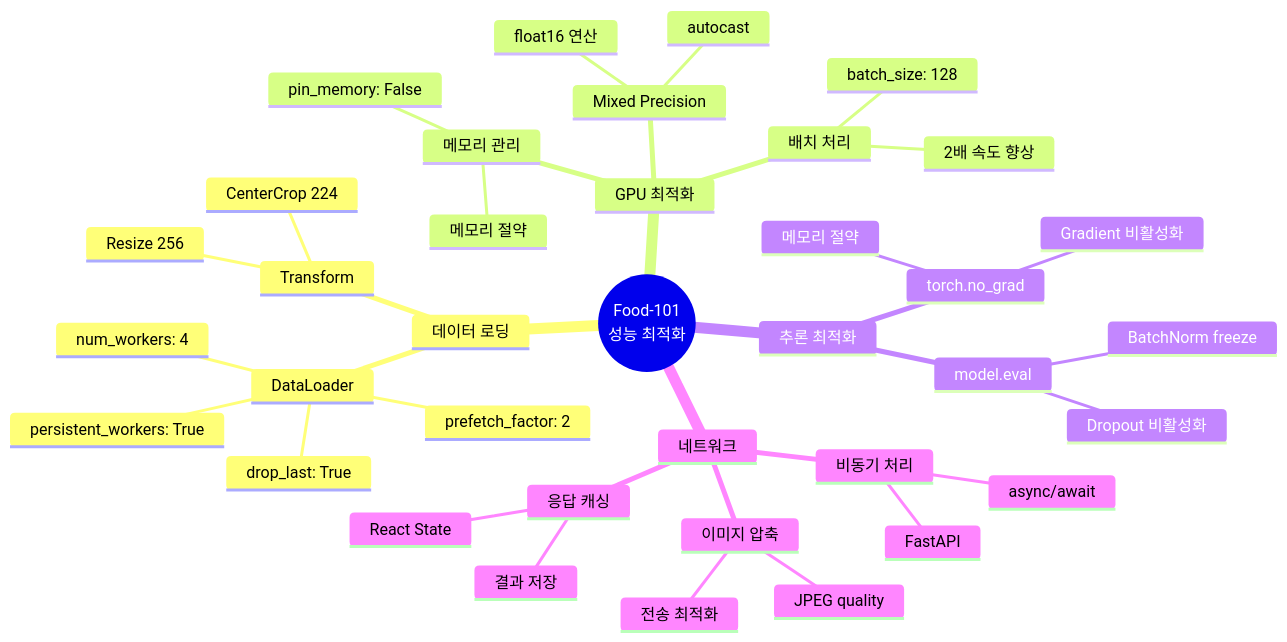
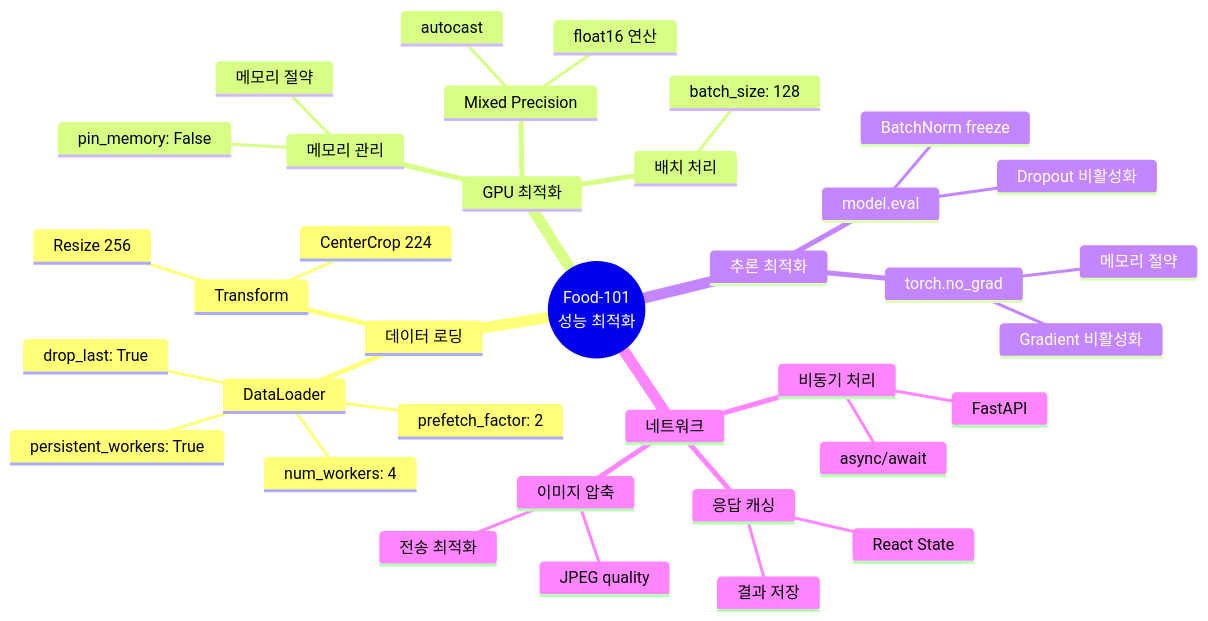
Before and after one commit to 15tkdgns/cnn: diagram 11 of 11 in diagrams/PROJECT_FLOW_MERMAID.md, drawn with Mermaid. The commit also changed other lines of this file, not shown here.

First line of the commit message:
Refactor: Mermaid 다이어그램 검증 및 가독성 개선

````diff
--- a/diagrams/PROJECT_FLOW_MERMAID.md
+++ b/diagrams/PROJECT_FLOW_MERMAID.md
@@ -471,40 +430,39 @@
 ```mermaid
 mindmap
   root((Food-101<br/>성능 최적화))
     데이터 로딩
       DataLoader
         num_workers: 4
         prefetch_factor: 2
         persistent_workers: True
         drop_last: True
       Transform
         Resize 256
         CenterCrop 224
     GPU 최적화
       Mixed Precision
         autocast
         float16 연산
       배치 처리
         batch_size: 128
-        2배 속도 향상
       메모리 관리
         pin_memory: False
         메모리 절약
     추론 최적화
       torch.no_grad
         Gradient 비활성화
         메모리 절약
       model.eval
         Dropout 비활성화
         BatchNorm freeze
     네트워크
       비동기 처리
         async/await
         FastAPI
       응답 캐싱
         React State
         결과 저장
       이미지 압축
         JPEG quality
         전송 최적화
 ```
````
